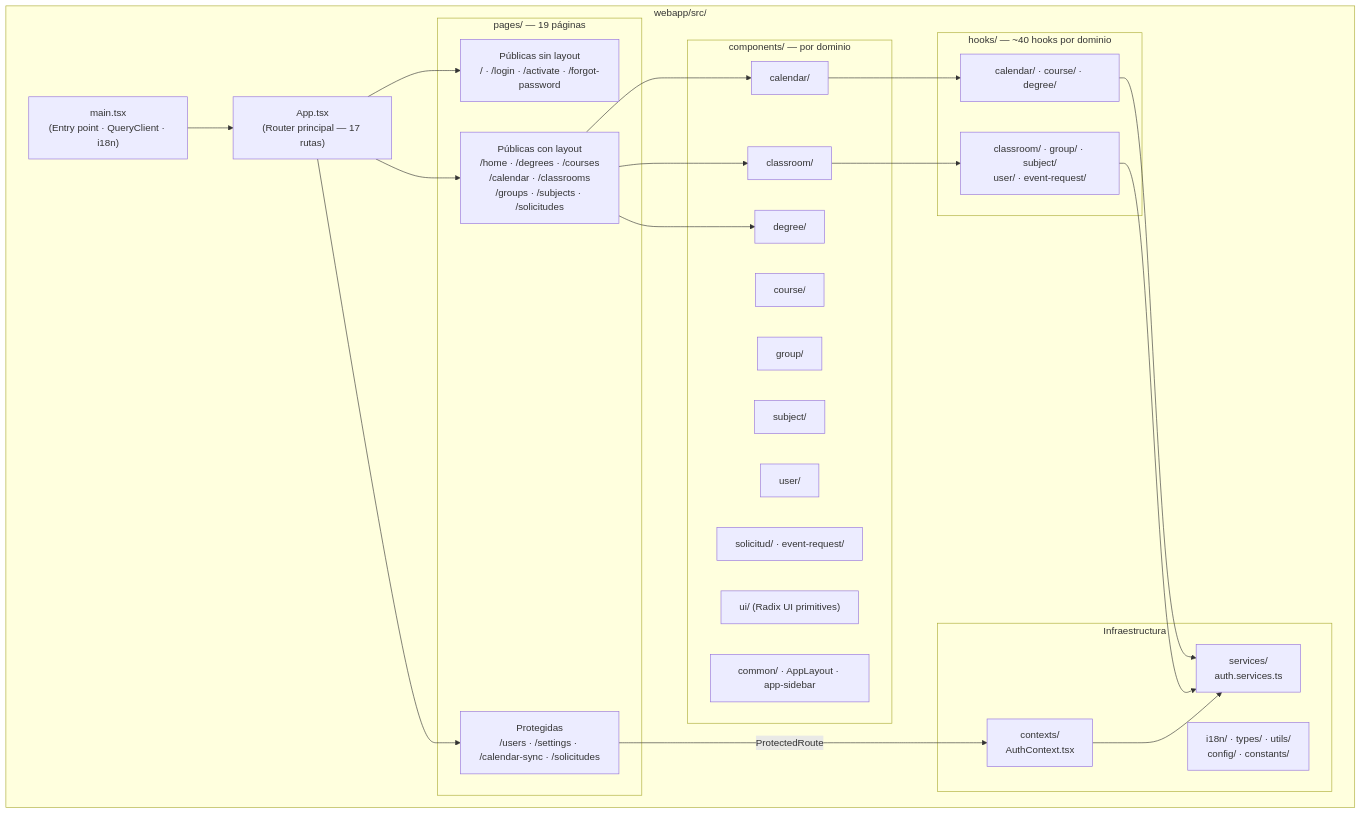
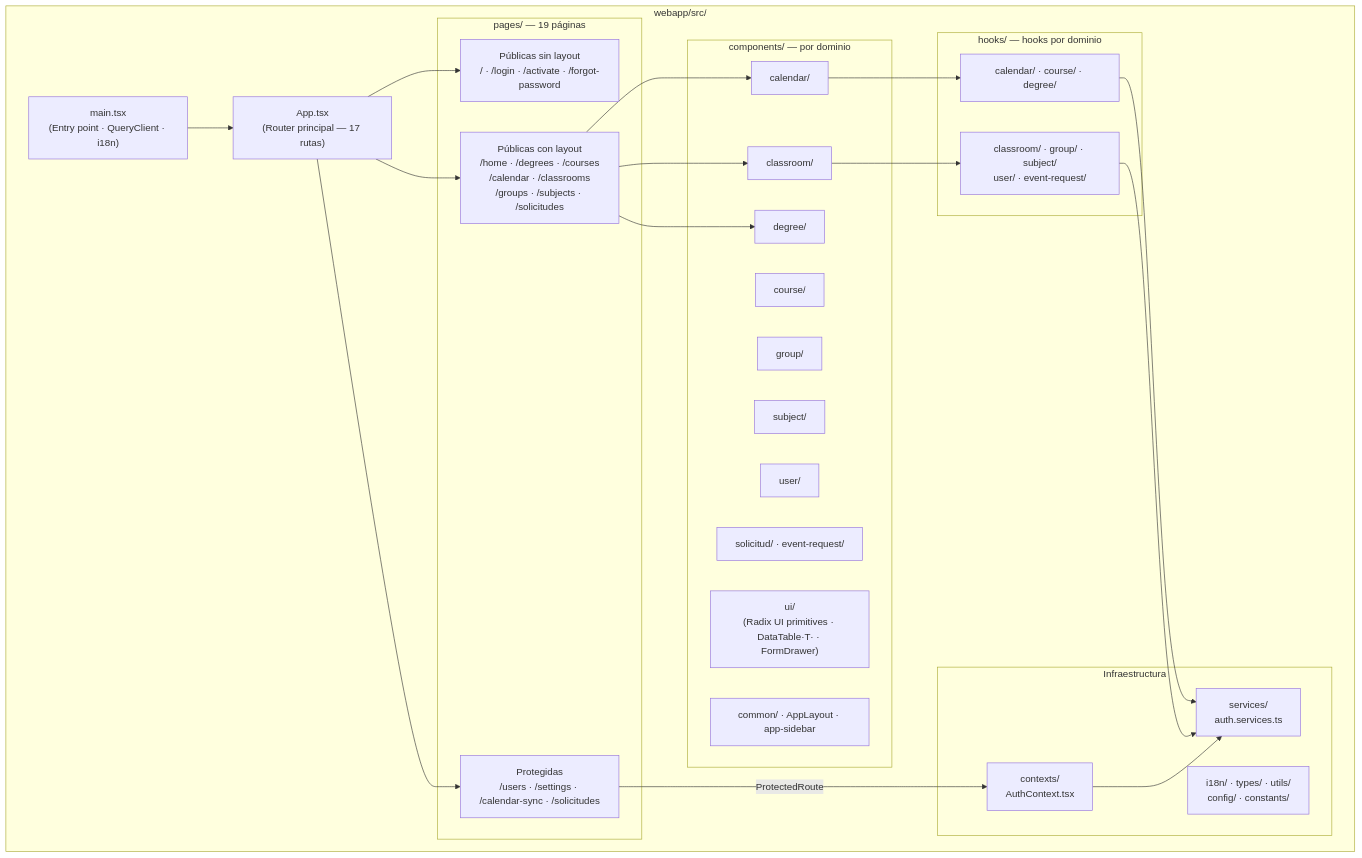
The first of 3 diagrams in docs/capitulo6_implementacion.md (Murias10/TeachingPlanner), drawn with Mermaid before and after one commit. The commit also changed other lines of this file and 1 other file, not shown here.

Commit message:
docs: actualizar descripción de componentes genéricos ui (DataTable, FormDrawer)

````diff
--- a/docs/capitulo6_implementacion.md
+++ b/docs/capitulo6_implementacion.md
@@ -15,51 +15,51 @@
 ```mermaid
 graph TD
     subgraph "webapp/src/"
         APP["App.tsx\n(Router principal — 17 rutas)"]
         MAIN["main.tsx\n(Entry point · QueryClient · i18n)"]
 
         subgraph "pages/ — 19 páginas"
             PUB["Públicas sin layout\n/ · /login · /activate · /forgot-password"]
             LAYOUT_PUB["Públicas con layout\n/home · /degrees · /courses\n/calendar · /classrooms\n/groups · /subjects · /solicitudes"]
             LAYOUT_PROT["Protegidas\n/users · /settings · /calendar-sync · /solicitudes"]
         end
 
         subgraph "components/ — por dominio"
             COMP_CAL["calendar/"]
             COMP_CLASS["classroom/"]
             COMP_COURSE["course/"]
             COMP_DEG["degree/"]
             COMP_GRP["group/"]
             COMP_SUBJ["subject/"]
             COMP_USR["user/"]
             COMP_SOL["solicitud/ · event-request/"]
-            COMP_UI["ui/ (Radix UI primitives)"]
+            COMP_UI["ui/\n(Radix UI primitives · DataTable·T· · FormDrawer)"]
             COMP_CMN["common/ · AppLayout · app-sidebar"]
         end
 
-        subgraph "hooks/ — ~40 hooks por dominio"
+        subgraph "hooks/ — hooks por dominio"
             H_CAL["calendar/ · course/ · degree/"]
             H_REST["classroom/ · group/ · subject/\nuser/ · event-request/"]
         end
 
         subgraph "Infraestructura"
             CTX["contexts/\nAuthContext.tsx"]
             SVC["services/\nauth.services.ts"]
             I18N["i18n/ · types/ · utils/\nconfig/ · constants/"]
         end
     end
 
     MAIN --> APP
     APP --> PUB
     APP --> LAYOUT_PUB
     APP --> LAYOUT_PROT
     LAYOUT_PROT -->|"ProtectedRoute"| CTX
     LAYOUT_PUB --> COMP_CAL
     LAYOUT_PUB --> COMP_CLASS
     LAYOUT_PUB --> COMP_DEG
     COMP_CAL --> H_CAL
     COMP_CLASS --> H_REST
     H_CAL --> SVC
     H_REST --> SVC
     CTX --> SVC
 ```
````
